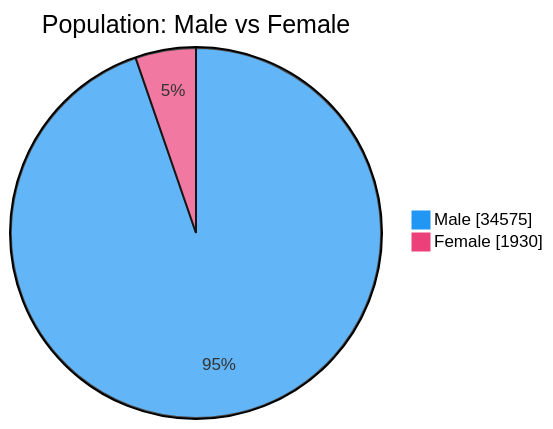
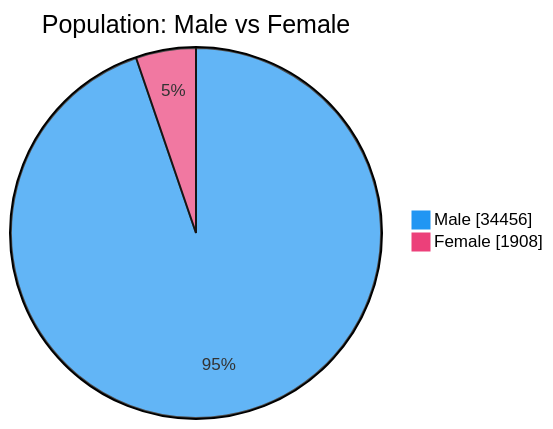
One commit to nuuuwan/lk_prisons changed the second of 7 diagrams in README.md. Above: the diagram before and after it, drawn with Mermaid. The commit also changed other lines of this file and 1 other file, not shown here.

````diff
--- a/README.md
+++ b/README.md
@@ -54,6 +54,6 @@
 ```mermaid
 %%{init: {'themeVariables': {'pie1': '#2196F3', 'pie2': '#EC407A'}}}%%
 pie showData title Population: Male vs Female
-    "Male" : 34575
-    "Female" : 1930
+    "Male" : 34456
+    "Female" : 1908
 ```
````
